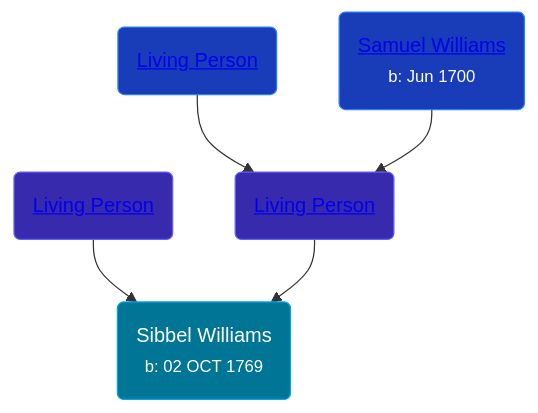
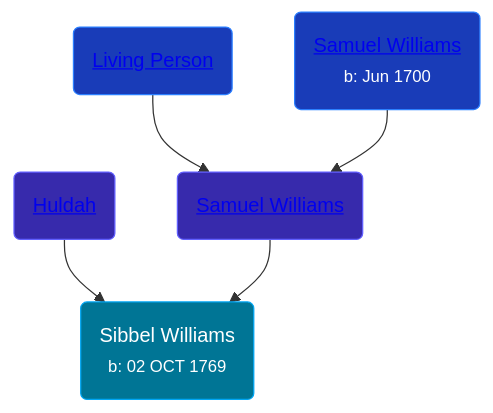
One commit to wpmgotkh/wpmgotkh.github.io changed the diagram in pages/people/6/60503451.md. Above: the diagram before and after it, drawn with Mermaid. The commit also changed other lines of this file and 586 other files, not shown here.

Commit message:
feat: better shouldConsiderPersonLiving algo

````diff
--- a/pages/people/6/60503451.md
+++ b/pages/people/6/60503451.md
@@ -10,11 +10,11 @@
 ```mermaid
 graph
 classDef grands fill:#193cb8,stroke:#2b7fff,stroke-width:1px,color:#fff;
 classDef parents fill:#372aac,stroke:#615fff,stroke-width:1px,color:#fff;
 classDef primary fill:#007595,stroke:#00a6f4,stroke-width:1px,color:#fff;
 60503451(Sibbel Williams<br /><small>b: 02 OCT 1769</small>):::primary
-62871690(<a class="text-white" href="/people/6/62871690">Living Person</a>):::parents-->60503451
-55971024(<a class="text-white" href="/people/5/55971024">Living Person</a>):::parents-->60503451
+62871690(<a class="text-white" href="/people/6/62871690">Huldah </a>):::parents-->60503451
+55971024(<a class="text-white" href="/people/5/55971024">Samuel Williams</a>):::parents-->60503451
 27215076(<a class="text-white" href="/people/2/27215076">Living Person</a>):::grands-->55971024
 90108080(<a class="text-white" href="/people/9/90108080">Samuel Williams</a><br /><small>b: Jun 1700</small>):::grands-->55971024
 ```
````
